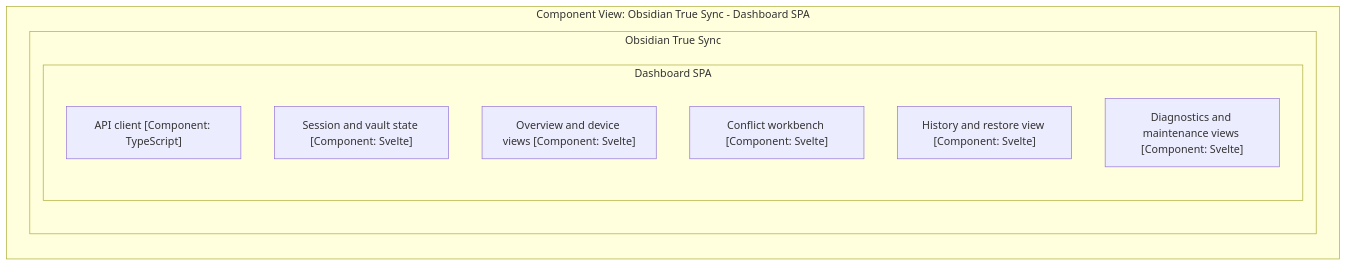
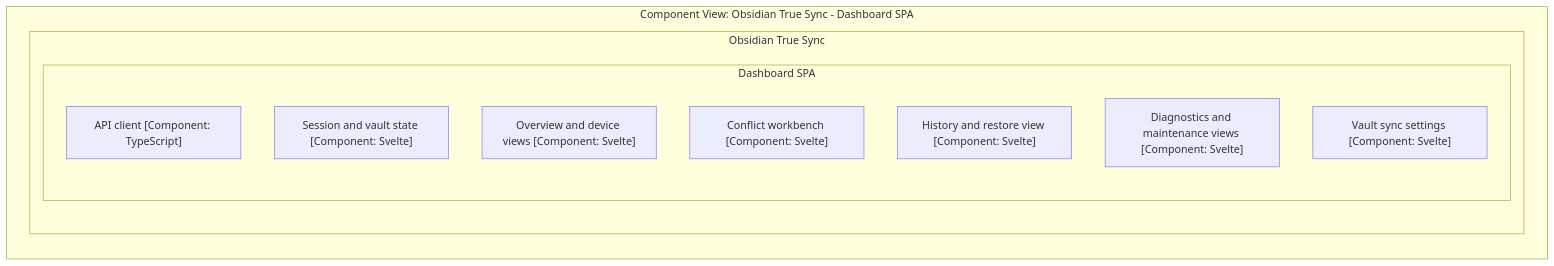
One commit to nareto/obts changed the second of 5 diagrams in architecture/DIAGRAMS.md. Above: the diagram before and after it, drawn with Mermaid. The commit also changed other lines of this file and 50 other files, not shown here.

First line of the commit message:
feat: manage vault sync rules and resolve timestamp-only conflicts

````diff
--- a/architecture/DIAGRAMS.md
+++ b/architecture/DIAGRAMS.md
@@ -61,22 +61,23 @@
 ```mermaid
 graph LR
 
   subgraph diagram ["Component View: Obsidian True Sync - Dashboard SPA"]
 
     subgraph 6 ["Obsidian True Sync"]
 
       subgraph 17 ["Dashboard SPA"]
 
         18["API client [Component: TypeScript]"]
         19["Session and vault state [Component: Svelte]"]
         20["Overview and device views [Component: Svelte]"]
         21["Conflict workbench [Component: Svelte]"]
         22["History and restore view [Component: Svelte]"]
         23["Diagnostics and maintenance views [Component: Svelte]"]
+        24["Vault sync settings [Component: Svelte]"]
       end
 
     end
 
   end
 
 ```
````
